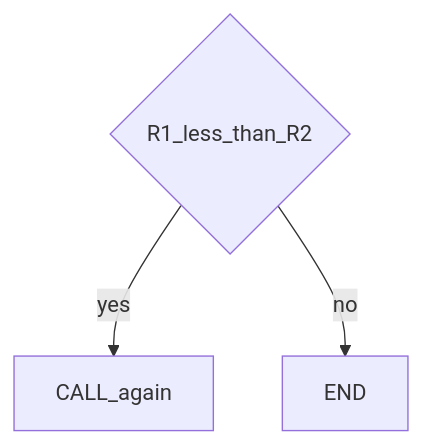
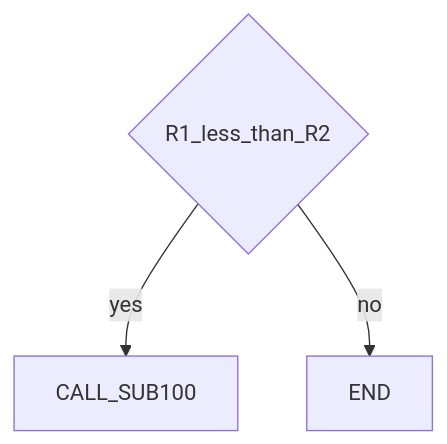
One commit to girijashankarj/garry-tj-robo-journey changed the second of 2 diagrams in practice/fanuc/006-loop-call/doc/guide.md. Above: the diagram before and after it, drawn with Mermaid. The commit also changed other lines of this file and 107 other files, not shown here.

````diff
--- a/practice/fanuc/006-loop-call/doc/guide.md
+++ b/practice/fanuc/006-loop-call/doc/guide.md
@@ -35,8 +24,8 @@
 ```mermaid
 flowchart TD
   q{R1_less_than_R2}
-  loop[CALL_again]
+  again[CALL_SUB100]
   done[END]
-  q -->|yes| loop
+  q -->|yes| again
   q -->|no| done
 ```
````
